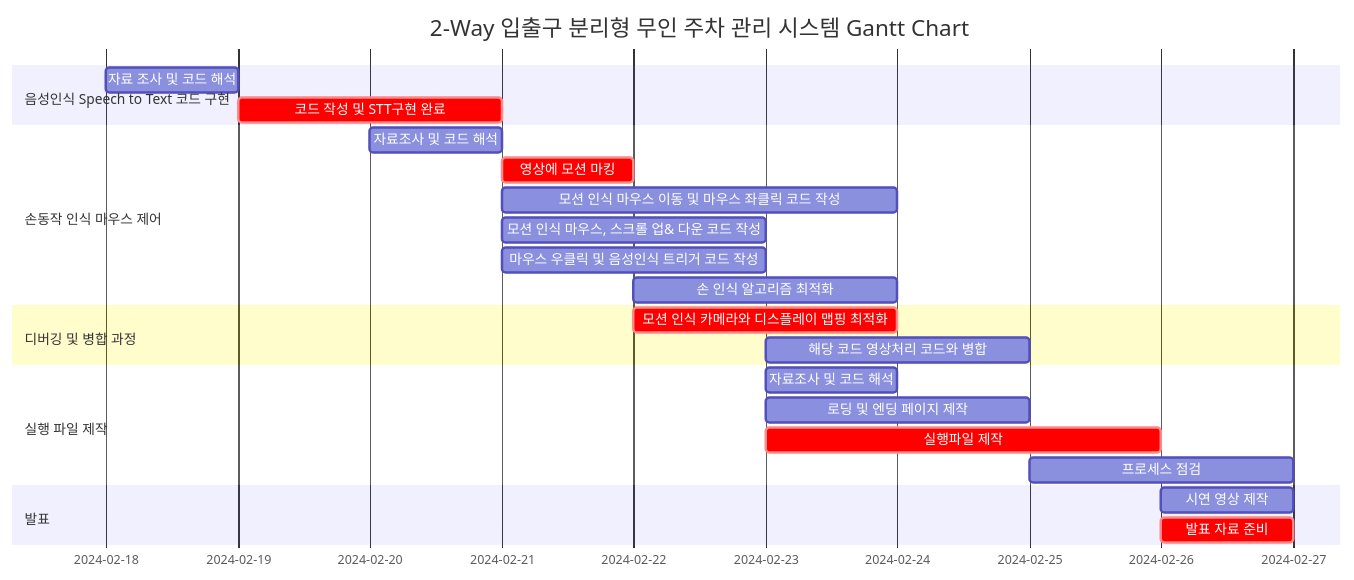
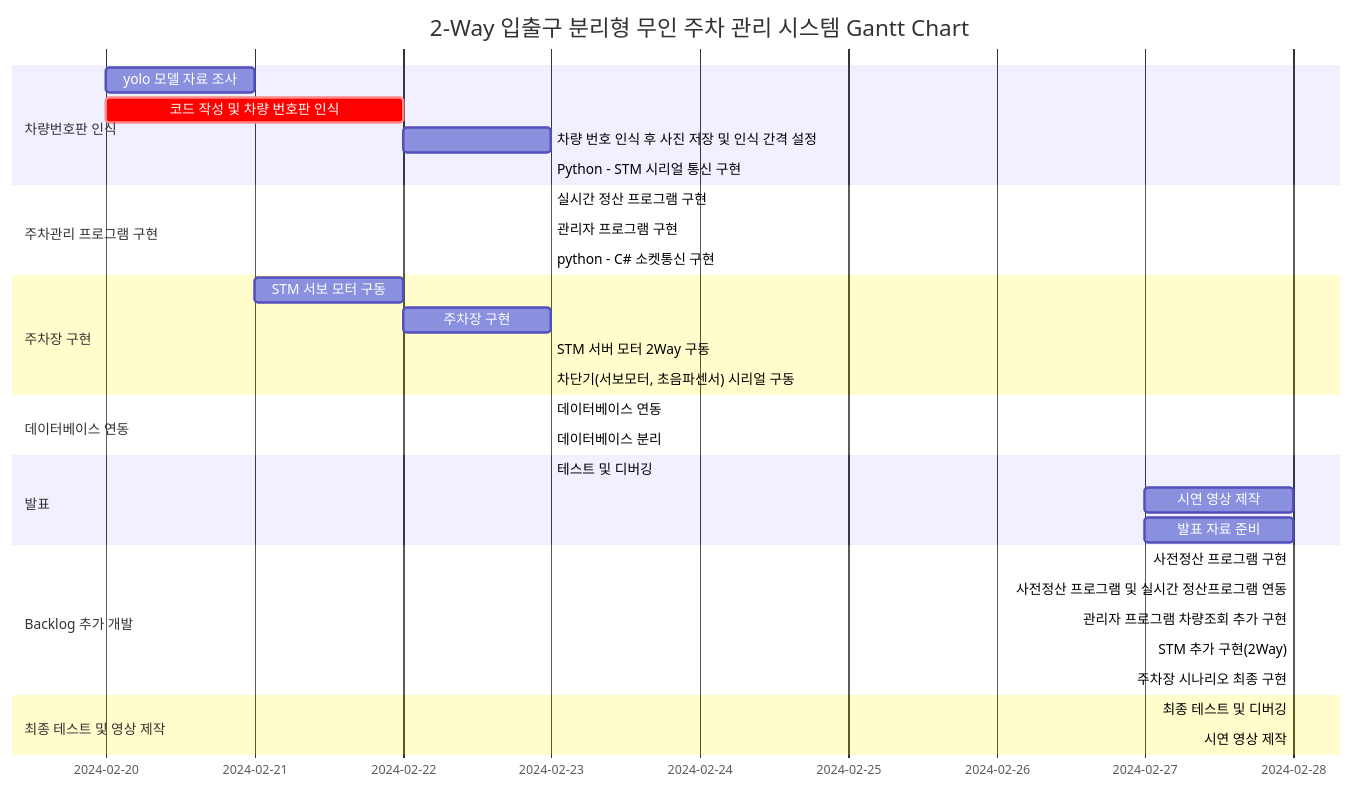
One commit to jykimqwer/ParkingManagementSystem changed the diagram in README.md. Above: the diagram before and after it, drawn with Mermaid. The commit also changed other lines of this file, not shown here.

````diff
--- a/README.md
+++ b/README.md
@@ -77,32 +77,43 @@
 ```mermaid
 gantt
     dateFormat  MM-DD-YYYY
     title       2-Way 입출구 분리형 무인 주차 관리 시스템 Gantt Chart
 	
-	section 음성인식 Speech to Text 코드 구현
-		자료 조사 및 코드 해석 :2024-02-18, 1d
-                코드 작성 및 STT구현 완료  :crit, 2024-02-19, 2d
+	section 차량번호판 인식 
+		yolo 모델 자료 조사 :2024-02-20, 1d
+                코드 작성 및 차량 번호판 인식  :crit, 2024-02-20, 2d
+		차량 번호 인식 후 사진 저장 및 인식 간격 설정 : 2024-02-22, 1d
+		Python - STM 시리얼 통신 구현 : 2024-02-23 1d
 	
-	section 손동작 인식 마우스 제어
-		자료조사 및 코드 해석	: 2024-02-20, 1d
-		영상에 모션 마킹  :crit, 2024-02-21, 1d
-		모션 인식 마우스 이동 및 마우스 좌클릭 코드 작성 : 2024-02-21, 3d
-		모션 인식 마우스, 스크롤 업& 다운 코드 작성 : 2024-02-21, 2d
-		마우스 우클릭 및 음성인식 트리거 코드 작성  : 2024-02-21, 2d
-		손 인식 알고리즘 최적화 : 2024-02-22, 2d
+	section 주차관리 프로그램 구현
+		실시간 정산 프로그램 구현 : crit, 2024-02-21 2d
+		관리자 프로그램 구현 : 2024-02-21 3d
+		python - C# 소켓통신 구현 : 2024-02-24 1d
 
-	section 디버깅 및 병합 과정
-		모션 인식 카메라와 디스플레이 맵핑 최적화 : crit, 2024-02-22, 2d
-		해당 코드 영상처리 코드와 병합 :2024-02-23, 2d
+	section 주차장 구현
+		STM 서보 모터 구동 : 2024-02-21, 1d
+		주차장 구현 :2024-02-22, 1d
+		STM 서버 모터 2Way 구동 : 2024-02-23 1d
+		차단기(서보모터, 초음파센서) 시리얼 구동 : crit, 2024-02-26 1d
 
-	section 실행 파일 제작
-		자료조사 및 코드 해석 : 2024-02-23, 1d
-		로딩 및 엔딩 페이지 제작 : 2024-02-23, 2d
-		실행파일 제작 : crit, 2024-02-23, 3d
-		프로세스 점검 : cirt, 2024-02-25, 2d
+	section 데이터베이스 연동
+		데이터베이스 연동 : 2024-02-21 1d
+		데이터베이스 분리 : 2024-02-26 1d
 
 	section 발표
-		시연 영상 제작 : 2024-02-26, 1d
-		발표 자료 준비 : crit, 2024-02-26, 1d
+		테스트 및 디버깅 : 2024-02-26 1d
+		시연 영상 제작 : 2024-02-27, 1d
+		발표 자료 준비 : 2024-02-27, 1d
+
+	section Backlog 추가 개발
+                사전정산 프로그램 구현 : 2024-02-27 2d
+		사전정산 프로그램 및 실시간 정산프로그램 연동 : 2024-02-27 2d
+		관리자 프로그램 차량조회 추가 구현 : 2024-02-28 1d
+		STM 추가 구현(2Way) : 2024-02-28 1d
+		주차장 시나리오 최종 구현 : 2024-02-28 1d
+
+	section 최종 테스트 및 영상 제작
+		최종 테스트 및 디버깅 : 2024-02-29 1d
+		시연 영상 제작 : 2024-02-29 1d
 
 ```
````
